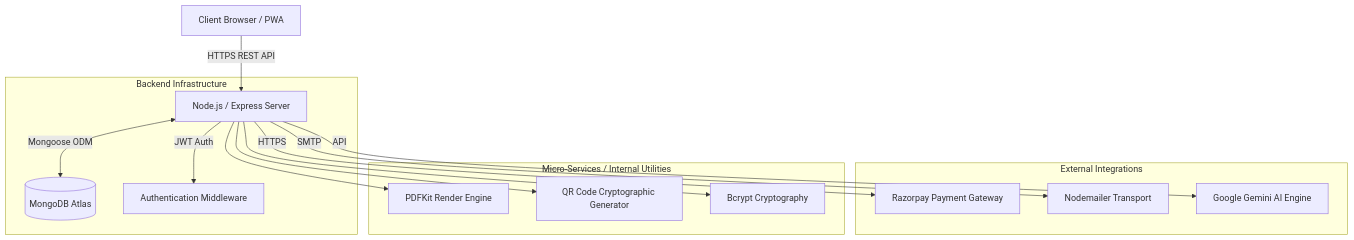
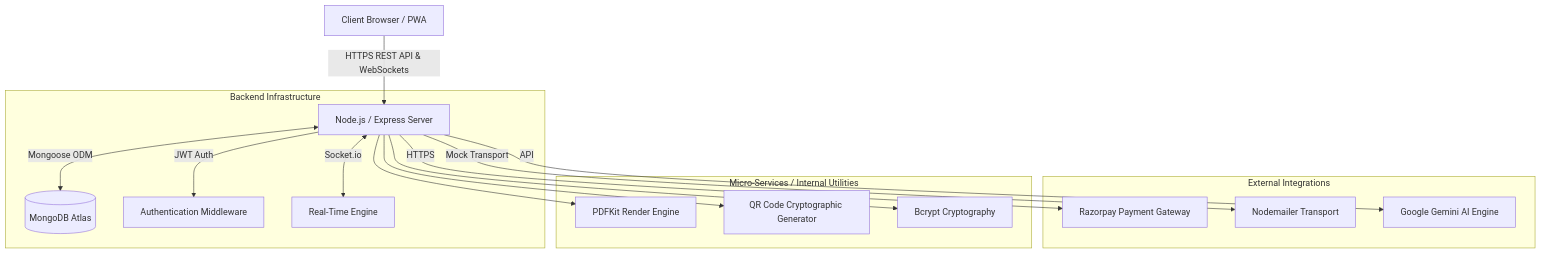
The first of 3 diagrams in README.md (CODER-7777/CINEMAX), drawn with Mermaid before and after one commit. The commit also changed other lines of this file and 16 other files, not shown here.

````diff
--- a/README.md
+++ b/README.md
@@ -20,21 +20,22 @@
 ```mermaid
 graph TD
-    Client[Client Browser / PWA] -->|HTTPS REST API| Server[Node.js / Express Server]
+    Client[Client Browser / PWA] -->|HTTPS REST API & WebSockets| Server[Node.js / Express Server]
     
     subgraph Backend Infrastructure
         Server <-->|Mongoose ODM| Database[(MongoDB Atlas)]
         Server -->|JWT Auth| Security[Authentication Middleware]
+        Server <-->|Socket.io| RealTime[Real-Time Engine]
     end
     
     subgraph External Integrations
         Server -->|HTTPS| Razorpay[Razorpay Payment Gateway]
-        Server -->|SMTP| Email[Nodemailer Transport]
+        Server -->|Mock Transport| Email[Nodemailer Transport]
         Server -->|API| Gemini[Google Gemini AI Engine]
     end
     
     subgraph Micro-Services / Internal Utilities
         Server --> PDF[PDFKit Render Engine]
         Server --> QR[QR Code Cryptographic Generator]
         Server --> Hashing[Bcrypt Cryptography]
     end
 ```
````
